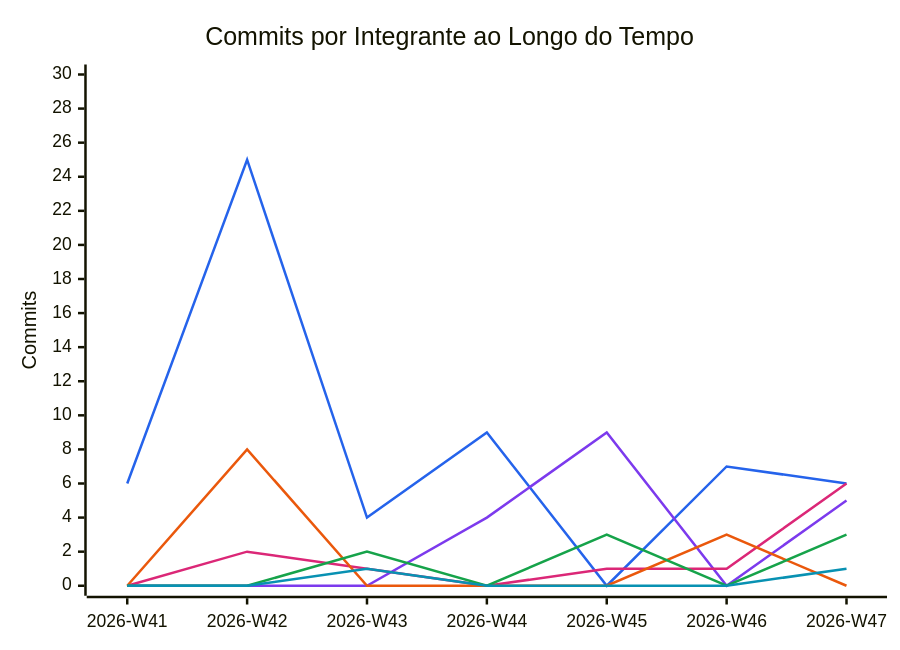
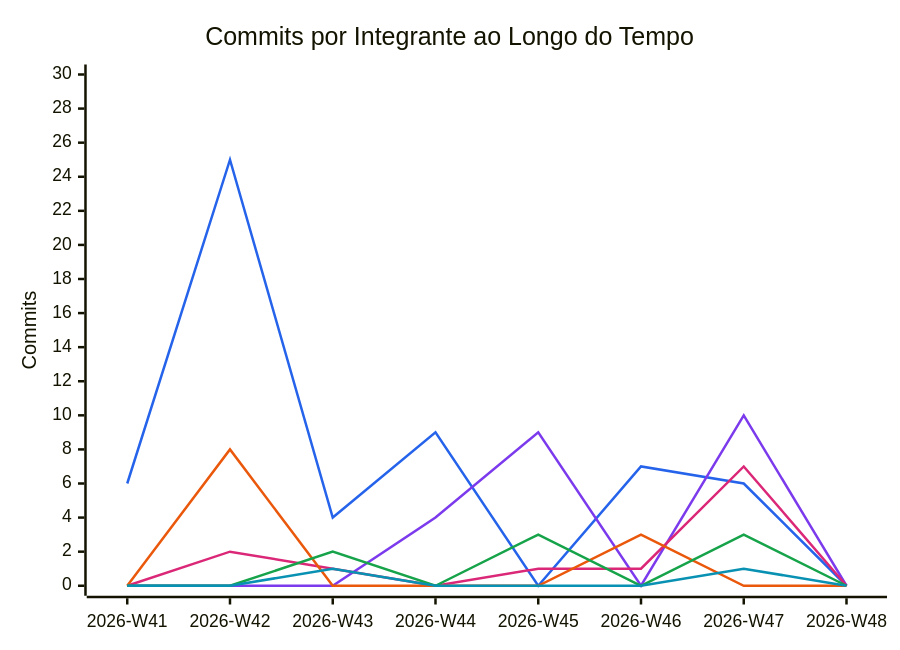
One commit to FCTE-Qualidade-de-Software-1/2026-2_T01_FRANS_BILAS changed the diagram in documentation/snippets/management/commit-velocity.mmd. Above: the diagram before and after it, drawn with Mermaid. The commit also changed 5 other files, not shown here.

```diff
--- a/documentation/snippets/management/commit-velocity.mmd
+++ b/documentation/snippets/management/commit-velocity.mmd
@@ -1,11 +1,11 @@
 %%{init: {"themeVariables": {"xyChart": {"plotColorPalette": "#2563eb, #7c3aed, #db2777, #ea580c, #16a34a, #0891b2"}}}}%%
 xychart-beta
     title "Commits por Integrante ao Longo do Tempo"
-    x-axis ["2026-W41", "2026-W42", "2026-W43", "2026-W44", "2026-W45", "2026-W46", "2026-W47"]
+    x-axis ["2026-W41", "2026-W42", "2026-W43", "2026-W44", "2026-W45", "2026-W46", "2026-W47", "2026-W48"]
     y-axis "Commits" 0 --> 30
-    line [6, 25, 4, 9, 0, 7, 6]
-    line [0, 0, 0, 4, 9, 0, 5]
-    line [0, 2, 1, 0, 1, 1, 6]
-    line [0, 8, 0, 0, 0, 3, 0]
-    line [0, 0, 2, 0, 3, 0, 3]
-    line [0, 0, 1, 0, 0, 0, 1]
+    line [6, 25, 4, 9, 0, 7, 6, 0]
+    line [0, 0, 0, 4, 9, 0, 10, 0]
+    line [0, 2, 1, 0, 1, 1, 7, 0]
+    line [0, 8, 0, 0, 0, 3, 0, 0]
+    line [0, 0, 2, 0, 3, 0, 3, 0]
+    line [0, 0, 1, 0, 0, 0, 1, 0]
```
